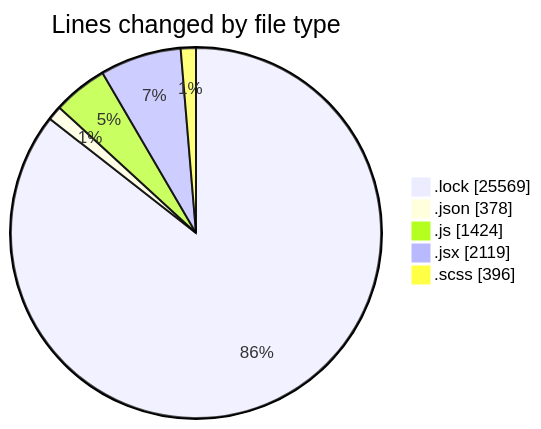
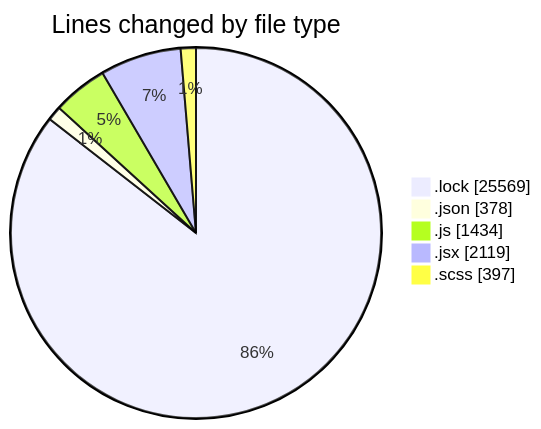
One commit to momahboobian/code-tracking changed the first of 2 diagrams in 2026-01-07/cda/README.md. Above: the diagram before and after it, drawn with Mermaid. The commit also changed other lines of this file and 1 other file, not shown here.

````diff
--- a/2026-01-07/cda/README.md
+++ b/2026-01-07/cda/README.md
@@ -50,9 +50,9 @@
 ```mermaid
 pie showData
 title Lines changed by file type
 ".lock" : 25569
 ".json" : 378
-".js" : 1424
+".js" : 1434
 ".jsx" : 2119
-".scss" : 396
+".scss" : 397
 ```
````
